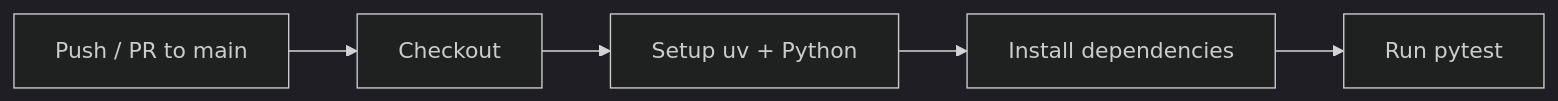
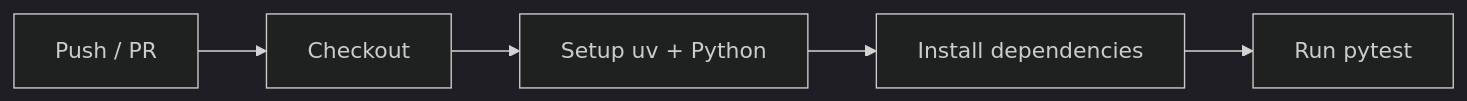
One commit to jcaillaux/spotlight-ingest changed the first of 3 diagrams in docs/ci.md. Above: the diagram before and after it, drawn with Mermaid (dark theme). The commit also changed other lines of this file, not shown here.

````diff
--- a/docs/ci.md
+++ b/docs/ci.md
@@ -13,7 +13,7 @@
 ```mermaid
 graph LR
-    A[Push / PR to main] --> B[Checkout]
+    A[Push / PR] --> B[Checkout]
     B --> C[Setup uv + Python]
     C --> D[Install dependencies]
     D --> E[Run pytest]
 ```
````
